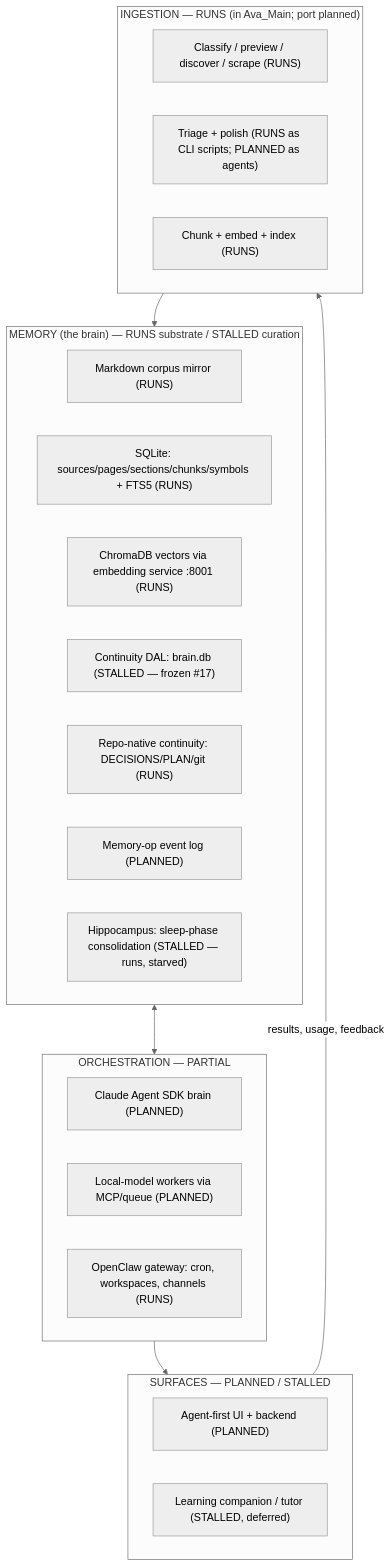
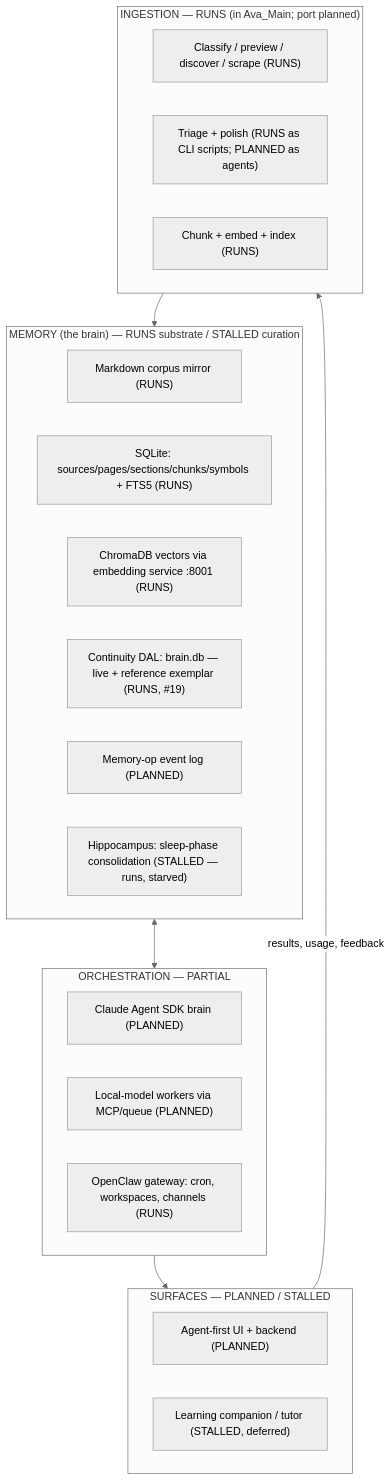
The diagram in SPEC.md (Kadenvh/cheatSheets), drawn with Mermaid (neutral theme) before and after one commit. The commit also changed other lines of this file and 8 other files, not shown here.

First line of the commit message:
feat: v8.2.0-design - reverse 3 Session-17 calls (DAL unfreeze, Mermaid-first, 2-folder)

````diff
--- a/SPEC.md
+++ b/SPEC.md
@@ -41,30 +43,29 @@
 ```mermaid
 flowchart TB
     subgraph S["SURFACES — PLANNED / STALLED"]
         UI["Agent-first UI + backend (PLANNED)"]
         LC["Learning companion / tutor (STALLED, deferred)"]
     end
     subgraph O["ORCHESTRATION — PARTIAL"]
         BRAIN["Claude Agent SDK brain (PLANNED)"]
         WORK["Local-model workers via MCP/queue (PLANNED)"]
         OC["OpenClaw gateway: cron, workspaces, channels (RUNS)"]
     end
     subgraph M["MEMORY (the brain) — RUNS substrate / STALLED curation"]
         CORPUS["Markdown corpus mirror (RUNS)"]
         SQL["SQLite: sources/pages/sections/chunks/symbols + FTS5 (RUNS)"]
         VEC["ChromaDB vectors via embedding service :8001 (RUNS)"]
-        DAL["Continuity DAL: brain.db (STALLED — frozen #17)"]
-        REPO["Repo-native continuity: DECISIONS/PLAN/git (RUNS)"]
+        DAL["Continuity DAL: brain.db — live + reference exemplar (RUNS, #19)"]
         LOG["Memory-op event log (PLANNED)"]
         HIPPO["Hippocampus: sleep-phase consolidation (STALLED — runs, starved)"]
     end
     subgraph I["INGESTION — RUNS (in Ava_Main; port planned)"]
         CRAWL["Classify / preview / discover / scrape (RUNS)"]
         TRIAGE["Triage + polish (RUNS as CLI scripts; PLANNED as agents)"]
         EMBED["Chunk + embed + index (RUNS)"]
     end
     I --> M
     M <--> O
     O --> S
     S -->|"results, usage, feedback"| I
 ```
````
